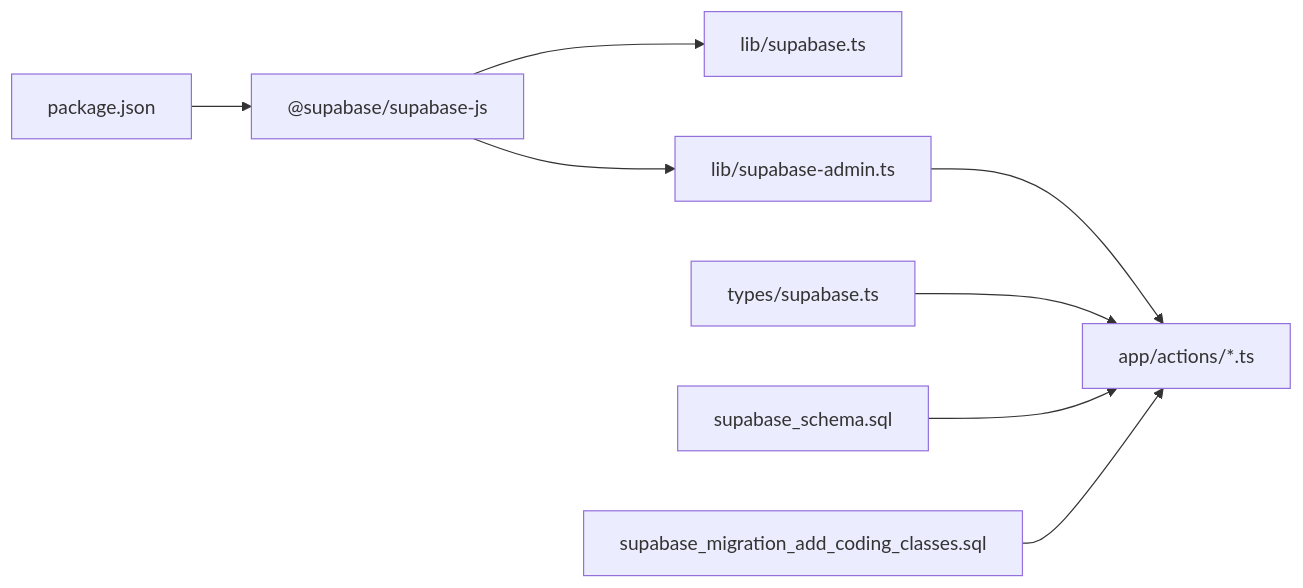
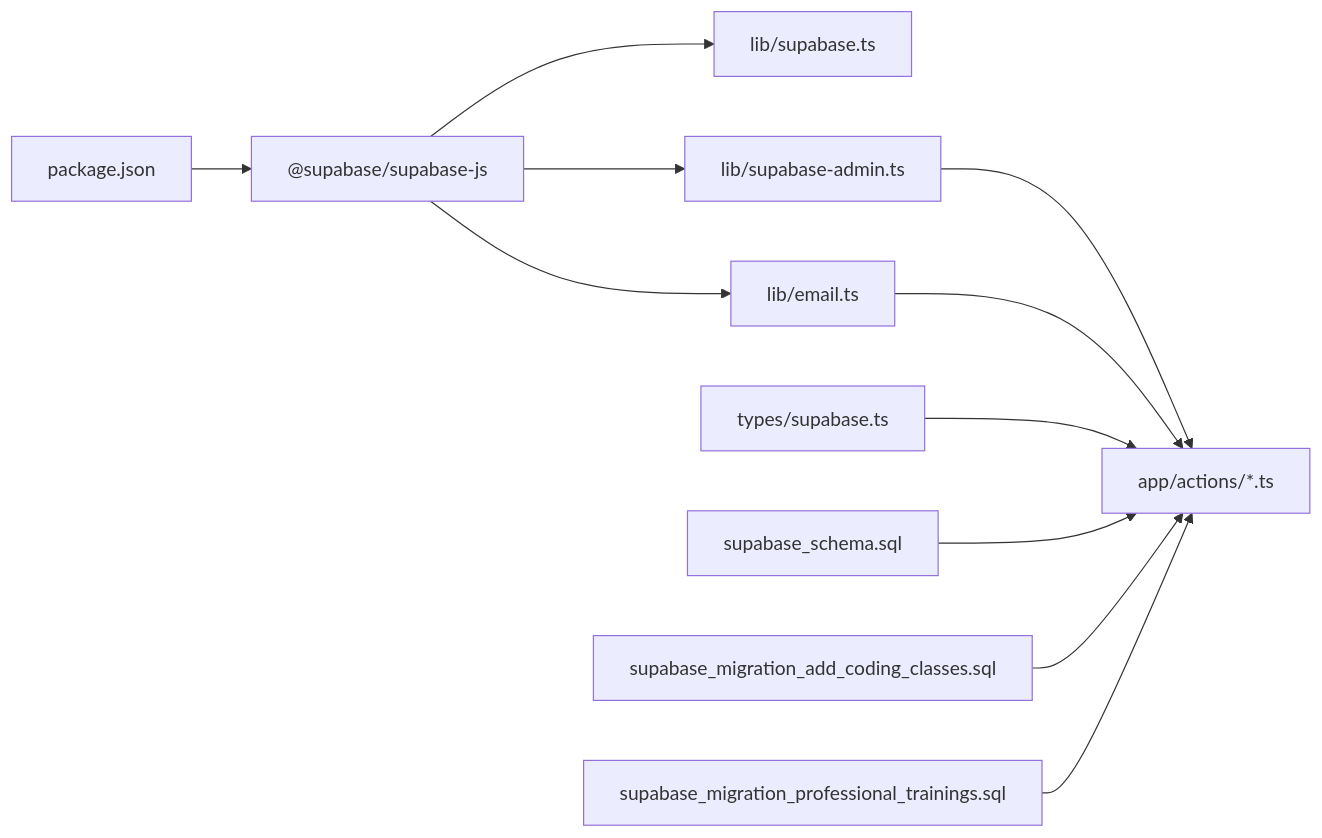
The eighth of 8 diagrams in .qoder/repowiki/en/content/Database Integration/TypeScript Type Definitions.md (Black-box01/rhemaexpertsolutions), drawn with Mermaid before and after one commit. The commit also changed other lines of this file and 22 other files, not shown here.

First line of the commit message:
feat(professional-trainings): add professional training registration system

````diff
--- a/.qoder/repowiki/en/content/Database Integration/TypeScript Type Definitions.md
+++ b/.qoder/repowiki/en/content/Database Integration/TypeScript Type Definitions.md
@@ -366,10 +498,13 @@
 ```mermaid
 graph LR
 Pkg["package.json"] --> Dep["@supabase/supabase-js"]
 Dep --> LibPub["lib/supabase.ts"]
 Dep --> LibAdmin["lib/supabase-admin.ts"]
+Dep --> LibEmail["lib/email.ts"]
 LibAdmin --> Actions["app/actions/*.ts"]
+LibEmail --> Actions
 Types["types/supabase.ts"] --> Actions
 Schema["supabase_schema.sql"] --> Actions
 Schema2["supabase_migration_add_coding_classes.sql"] --> Actions
+Schema3["supabase_migration_professional_trainings.sql"] --> Actions
 ```
````
